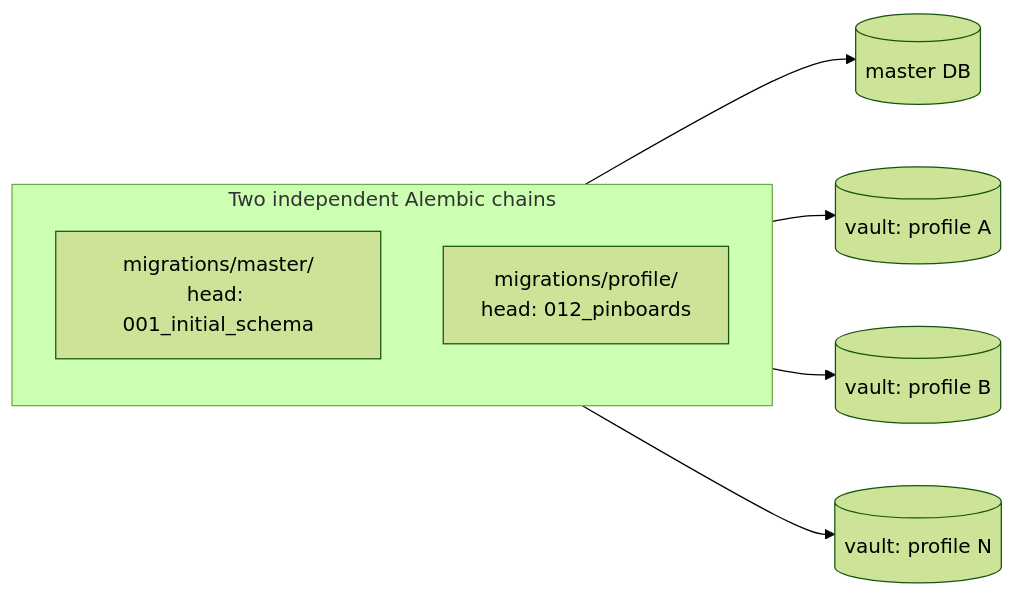
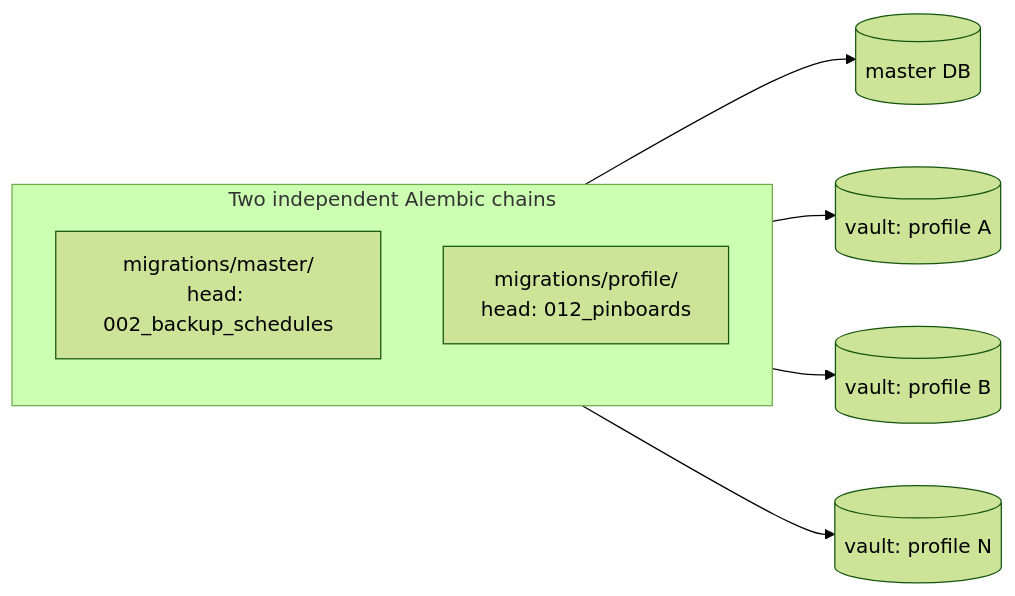
Before and after one commit to BrooklynD23/HealthCentral: the fourth of 4 diagrams in docs/architecture/backend.md, drawn with Mermaid (forest theme). The commit also changed other lines of this file and 2 other files, not shown here.

First line of the commit message:
docs: close the remaining backlog rows and refresh the diagrams

````diff
--- a/docs/architecture/backend.md
+++ b/docs/architecture/backend.md
@@ -131,13 +131,13 @@
 ```mermaid
 flowchart LR
     subgraph chains["Two independent Alembic chains"]
         direction TB
-        MM["migrations/master/<br/>head: 001_initial_schema"]
+        MM["migrations/master/<br/>head: 002_backup_schedules"]
         PM["migrations/profile/<br/>head: 012_pinboards"]
     end
 
     MM --> MDB[("master DB")]
     PM --> P1[("vault: profile A")]
     PM --> P2[("vault: profile B")]
     PM --> P3[("vault: profile N")]
 ```
````
